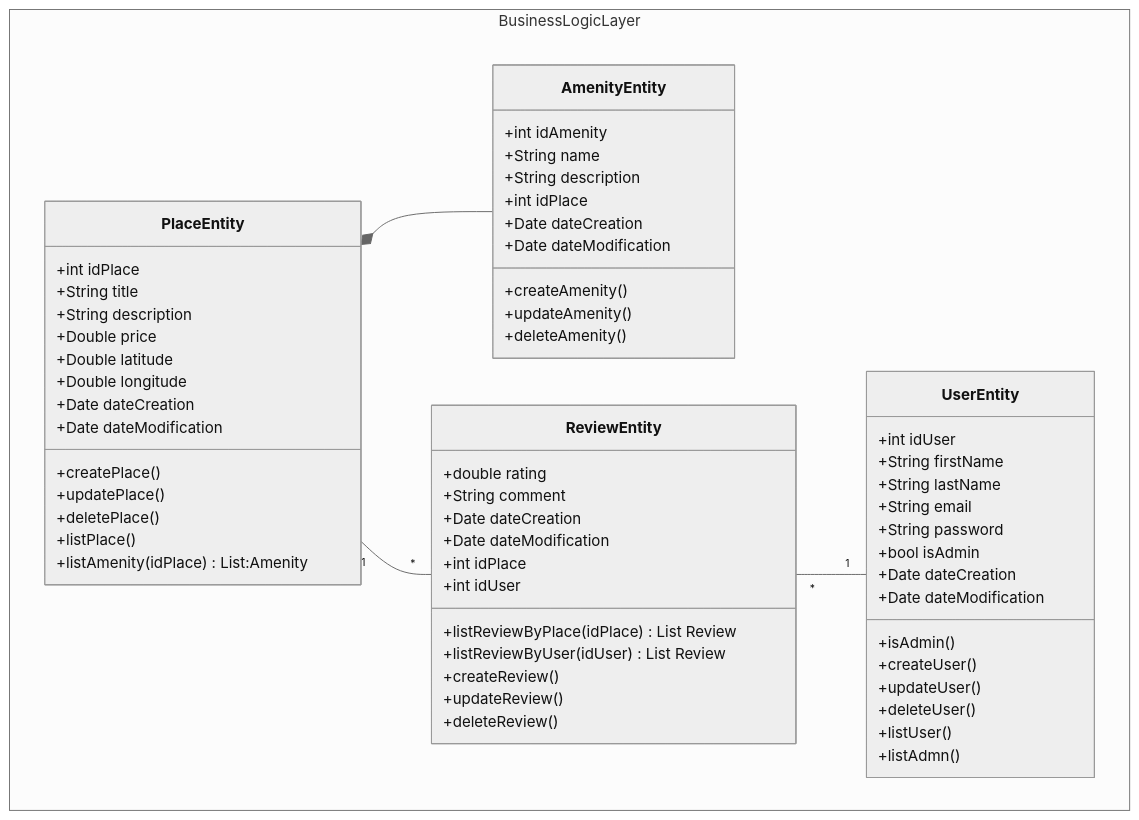
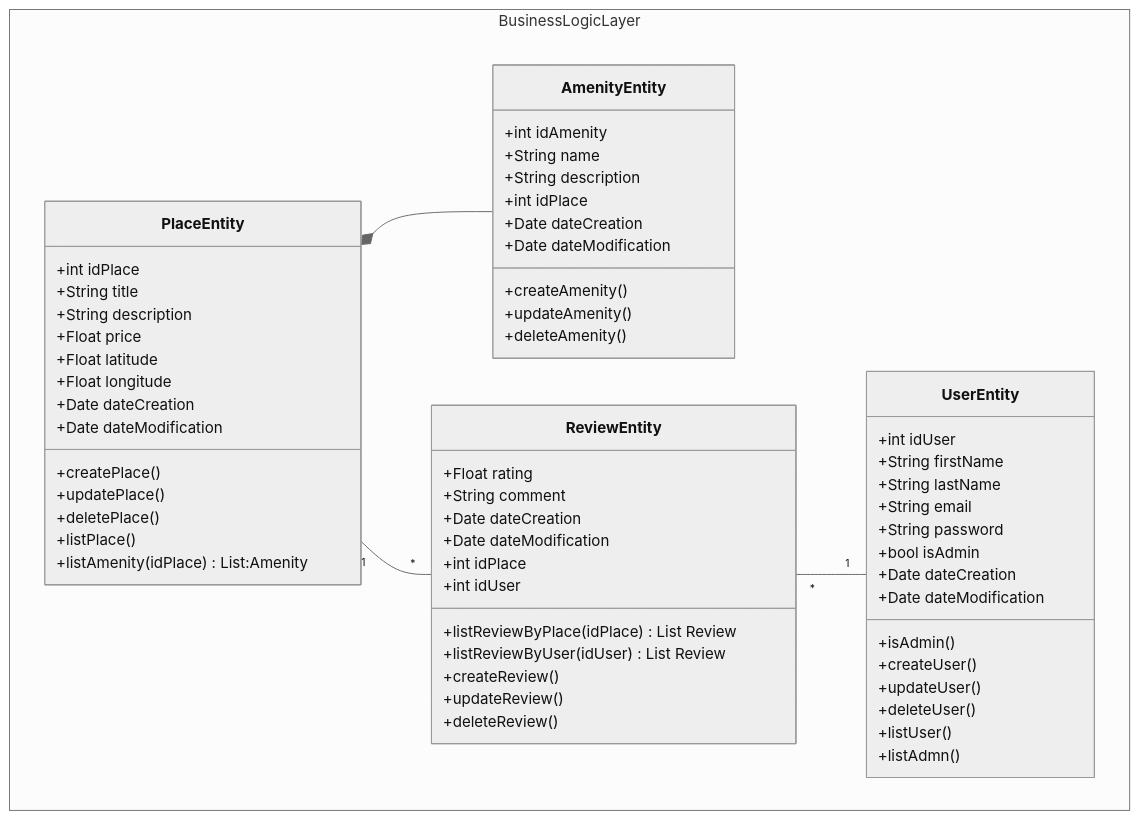
The diagram in part1/README.md (hedjouj/holbertonschool-hbnb), drawn with Mermaid (neutral theme) before and after one commit.

Commit message:
Update Readme Double become float

````diff
--- a/part1/README.md
+++ b/part1/README.md
@@ -5,71 +5,71 @@
 ```mermaid
 classDiagram
 direction TB
 	namespace BusinessLogicLayer {
 
 	
     class AmenityEntity {
 		+int idAmenity
 	    +String name
 	    +String description
 	    +int idPlace
 	    +Date dateCreation
 	    +Date dateModification
 	    +createAmenity()
 	    +updateAmenity()
 	    +deleteAmenity()
     }
 
     class ReviewEntity {
-	    +double rating
+	    +Float rating
 	    +String comment
 	    +Date dateCreation
 	    +Date dateModification
 	    +int idPlace
 	    +int idUser
 	    +listReviewByPlace(idPlace) List Review
 	    +listReviewByUser(idUser) List Review
 		+createReview()
 	    +updateReview()
 	    +deleteReview()
     }
 
     class UserEntity {
 	    +int idUser
 	    +String firstName
 	    +String lastName
 	    +String email
 	    +String password
 	    +bool isAdmin
 	    +Date dateCreation
 	    +Date dateModification
 	    +isAdmin()
 	    +createUser()
 	    +updateUser()
 	    +deleteUser()
 		+listUser()
 		+listAdmn()
     }
 
     class PlaceEntity {
 	    +int idPlace
 	    +String title
 	    +String description
-	    +Double price
-	    +Double latitude
-	    +Double longitude
+	    +Float price
+	    +Float latitude
+	    +Float longitude
 	    +Date dateCreation
 	    +Date dateModification
 	    +createPlace()
 	    +updatePlace()
 	    +deletePlace()
 		+listPlace()
 		+listAmenity(idPlace) List:Amenity
     }
 }
     PlaceEntity *-- AmenityEntity
     PlaceEntity "1" -- "*" ReviewEntity
     ReviewEntity "*" -- "1" UserEntity
 
 
 ```
````
